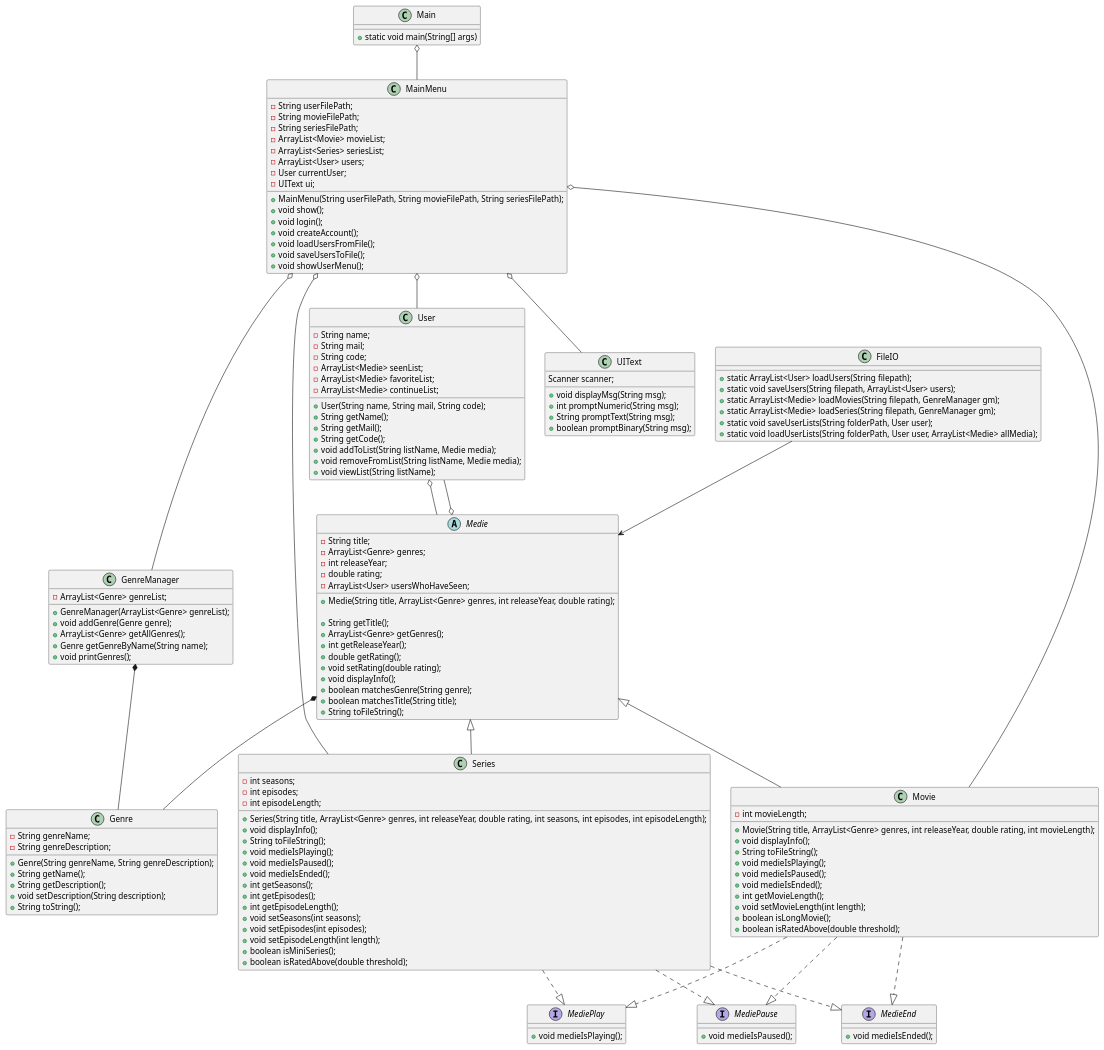
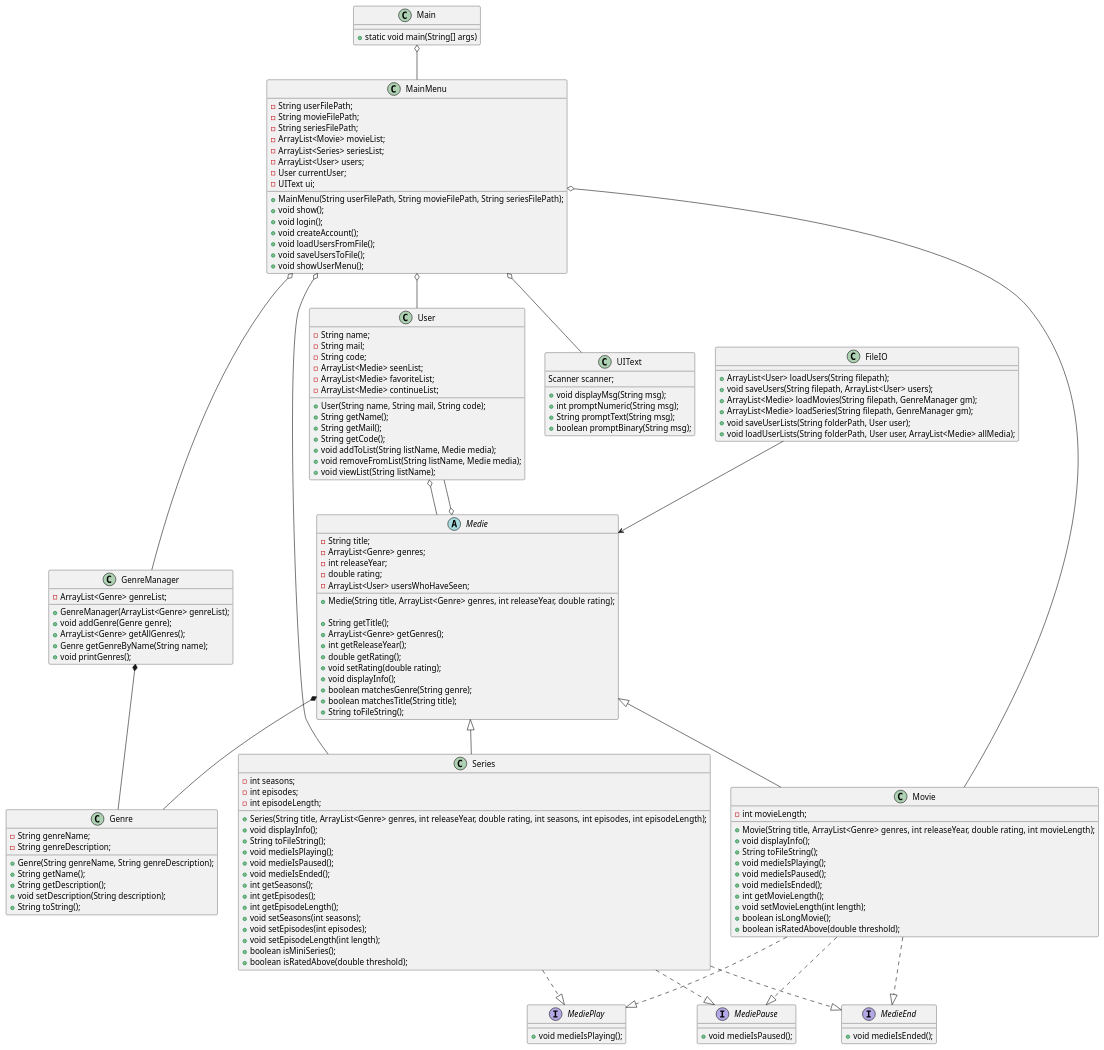
Before and after one commit to KhattabE/SP3: the diagram in doc/classdiagram_v1.puml, drawn with PlantUML. The commit also changed 2 other files, not shown here.

```diff
--- a/doc/classdiagram_v1.puml
+++ b/doc/classdiagram_v1.puml
@@ -1,177 +1,177 @@
 @startuml
 'https://plantuml.com/class-diagram
 
 class Main{
     +static void main(String[] args)
 }
 
 
 
 class MainMenu {
     -String userFilePath;
     -String movieFilePath;
     -String seriesFilePath;
     + MainMenu(String userFilePath, String movieFilePath, String seriesFilePath);
     -ArrayList<Movie> movieList;
     -ArrayList<Series> seriesList;
     -ArrayList<User> users;
     -User currentUser;
     -UIText ui;
 
     +void show();
     +void login();
     +void createAccount();
     +void loadUsersFromFile();
     +void saveUsersToFile();
     +void showUserMenu();
 }
 
 class UIText {
         Scanner scanner;
         +void displayMsg(String msg);
         +int promptNumeric(String msg);
         +String promptText(String msg);
         +boolean promptBinary(String msg);
 }
 
 class FileIO {
-    +static ArrayList<User> loadUsers(String filepath);
-    +static void saveUsers(String filepath, ArrayList<User> users);
-    +static ArrayList<Medie> loadMovies(String filepath, GenreManager gm);
-    +static ArrayList<Medie> loadSeries(String filepath, GenreManager gm);
-    +static void saveUserLists(String folderPath, User user);
-    +static void loadUserLists(String folderPath, User user, ArrayList<Medie> allMedia);
+    +ArrayList<User> loadUsers(String filepath);
+    +void saveUsers(String filepath, ArrayList<User> users);
+    +ArrayList<Medie> loadMovies(String filepath, GenreManager gm);
+    +ArrayList<Medie> loadSeries(String filepath, GenreManager gm);
+    +void saveUserLists(String folderPath, User user);
+    +void loadUserLists(String folderPath, User user, ArrayList<Medie> allMedia);
 }
 
 interface MediePlay {
     +void medieIsPlaying();
 }
 
 interface MediePause {
     +void medieIsPaused();
 }
 
 interface MedieEnd {
     +void medieIsEnded();
 }
 
 abstract class Medie {
     -String title;
     -ArrayList<Genre> genres;
     -int releaseYear;
     -double rating;
     -ArrayList<User> usersWhoHaveSeen;
 
     +Medie(String title, ArrayList<Genre> genres, int releaseYear, double rating);
 
     +String getTitle();
     +ArrayList<Genre> getGenres();
     +int getReleaseYear();
     +double getRating();
     +void setRating(double rating);
     +void displayInfo();
     +boolean matchesGenre(String genre);
     +boolean matchesTitle(String title);
     +String toFileString();
 }
 class Movie {
     -int movieLength;
 
     +Movie(String title, ArrayList<Genre> genres, int releaseYear, double rating, int movieLength);
     +void displayInfo();
     +String toFileString();
     +void medieIsPlaying();
     +void medieIsPaused();
     +void medieIsEnded();
     +int getMovieLength();
     +void setMovieLength(int length);
     +boolean isLongMovie();
     +boolean isRatedAbove(double threshold);
 }
 
 class Series {
     -int seasons;
     -int episodes;
     -int episodeLength;
     +Series(String title, ArrayList<Genre> genres, int releaseYear, double rating, int seasons, int episodes, int episodeLength);
     +void displayInfo();
     +String toFileString();
     +void medieIsPlaying();
     +void medieIsPaused();
     +void medieIsEnded();
     +int getSeasons();
     +int getEpisodes();
     +int getEpisodeLength();
     +void setSeasons(int seasons);
     +void setEpisodes(int episodes);
     +void setEpisodeLength(int length);
     +boolean isMiniSeries();
     +boolean isRatedAbove(double threshold);
 }
 
 class User {
     -String name;
     -String mail;
     -String code;
     -ArrayList<Medie> seenList;
     -ArrayList<Medie> favoriteList;
     -ArrayList<Medie> continueList;
     +User(String name, String mail, String code);
     +String getName();
     +String getMail();
     +String getCode();
     +void addToList(String listName, Medie media);
     +void removeFromList(String listName, Medie media);
     +void viewList(String listName);
 }
 
 class Genre {
     -String genreName;
     -String genreDescription;
     +Genre(String genreName, String genreDescription);
     +String getName();
     +String getDescription();
     +void setDescription(String description);
     +String toString();
 }
 
 class GenreManager {
     -ArrayList<Genre> genreList;
     +GenreManager(ArrayList<Genre> genreList);
     +void addGenre(Genre genre);
     +ArrayList<Genre> getAllGenres();
     +Genre getGenreByName(String name);
     +void printGenres();
 }
 
 ' IS-A relationships
 Medie <|-- Movie
 Medie <|-- Series
 
 Movie ..|> MediePlay
 Movie ..|> MediePause
 Movie ..|> MedieEnd
 
 Series ..|> MediePlay
 Series ..|> MediePause
 Series ..|> MedieEnd
 
 ' HAS-A relationships
 MainMenu o-- User
 MainMenu o-- UIText
 MainMenu o-- Movie
 MainMenu o-- Series
 MainMenu o-- GenreManager
 
 User o-- Medie
 Medie *-- Genre
 Medie o-- User
 
 GenreManager *-- Genre
 
 FileIO --> Medie
 Main o-- MainMenu
 
 
 
 @enduml
```
